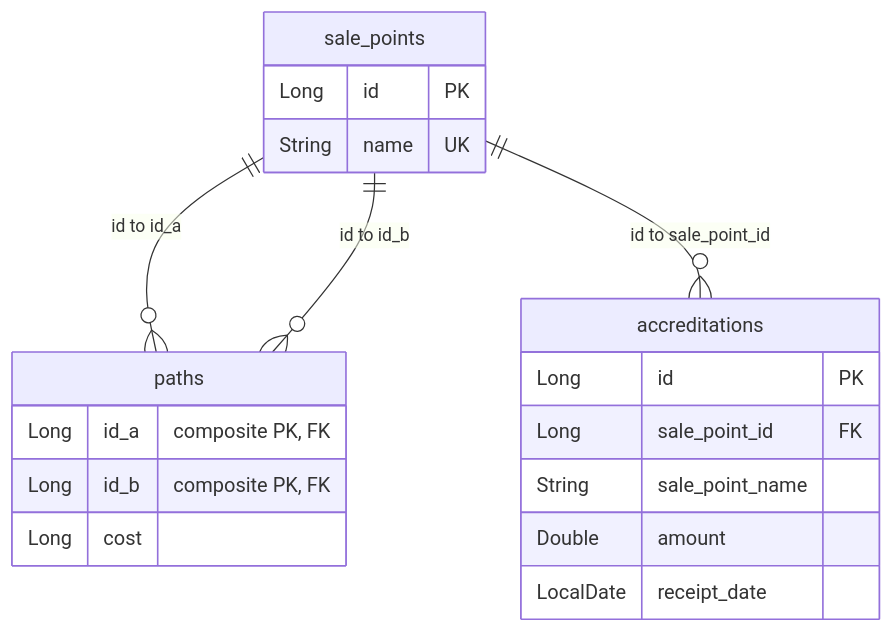
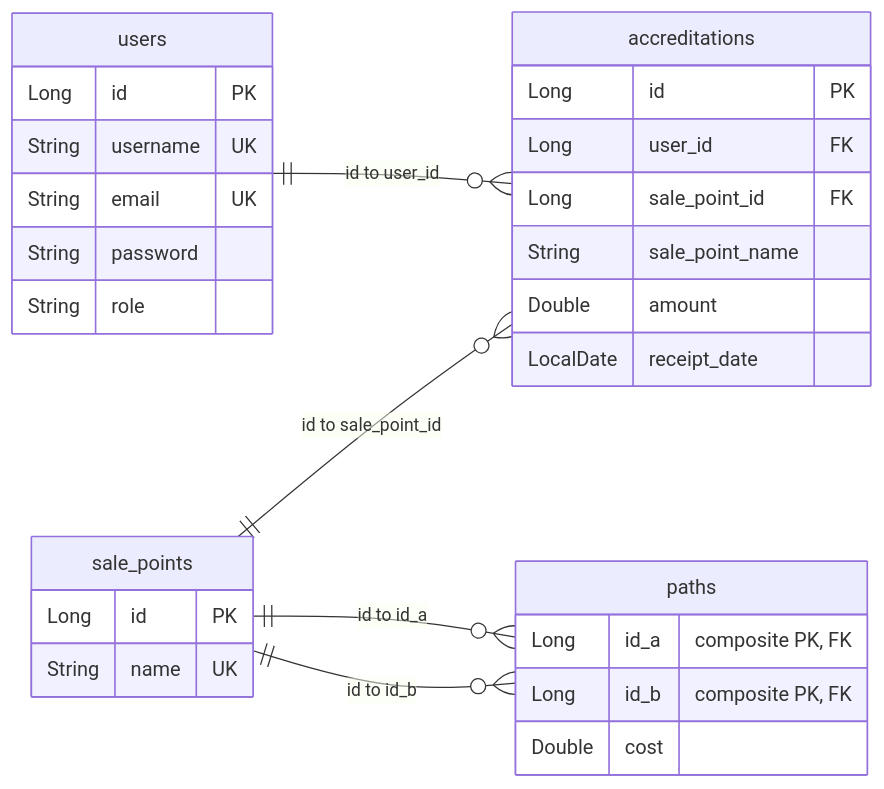
One commit to nekusu/java-challenge-2025 changed the second of 3 diagrams in README.md. Above: the diagram before and after it, drawn with Mermaid. The commit also changed other lines of this file, not shown here.

````diff
--- a/README.md
+++ b/README.md
@@ -62,26 +76,38 @@
 ```mermaid
 erDiagram
+    direction LR
+
+    users {
+        Long id PK
+        String username UK
+        String email UK
+        String password
+        String role
+    }
+    
+    accreditations {
+        Long id PK
+        Long user_id FK
+        Long sale_point_id FK
+        String sale_point_name
+        Double amount
+        LocalDate receipt_date
+    }
+
     sale_points {
         Long id PK
         String name UK
     }
     
     paths {
         Long id_a "composite PK, FK"
         Long id_b "composite PK, FK"
-        Long cost
-    }
-    
-    accreditations {
-        Long id PK
-        Long sale_point_id FK
-        String sale_point_name
-        Double amount
-        LocalDate receipt_date
+        Double cost
     }
 
+    users ||--o{ accreditations : "id to user_id"
+    sale_points ||--o{ accreditations : "id to sale_point_id"
     sale_points ||--o{ paths : "id to id_a"
     sale_points ||--o{ paths : "id to id_b"
-    sale_points ||--o{ accreditations : "id to sale_point_id"
 
 ```
````
